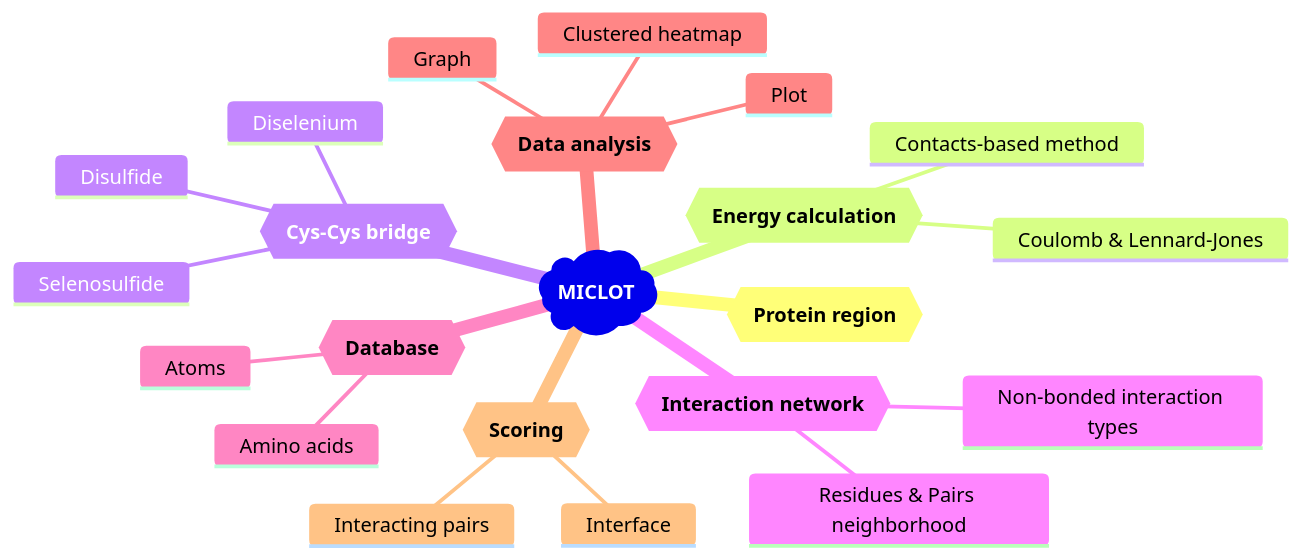
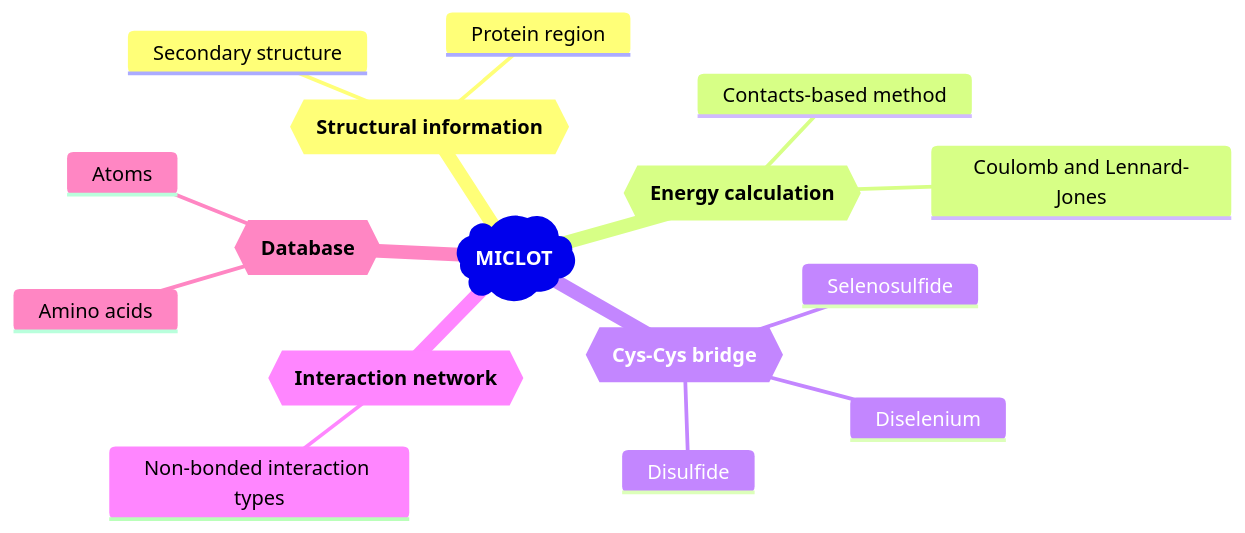
Before and after one commit to TMiclot/MICLOT: the diagram in README.md, drawn with Mermaid. The commit also changed 2 other files, not shown here.

````diff
--- a/README.md
+++ b/README.md
@@ -21,25 +21,19 @@
 ```mermaid
 mindmap
     root)**MICLOT**(
-        id{{**Protein region**}}
+        id{{**Structural information**}}
+            Protein region
+            Secondary structure
         id{{**Energy calculation**}}
             Contacts-based method
-            Coulomb & Lennard-Jones
+            Coulomb and Lennard-Jones
         id{{**Cys-Cys bridge**}}
             Disulfide
             Diselenium
             Selenosulfide
         id{{**Interaction network**}}
             Non-bonded interaction types
-            Residues & Pairs neighborhood
         id{{**Database**}}
             Amino acids
             Atoms
-        id{{**Data analysis**}}
-            Plot
-            Clustered heatmap
-            Graph
-        id{{**Scoring**}}
-            Interacting pairs
-            Interface
 ```
````
